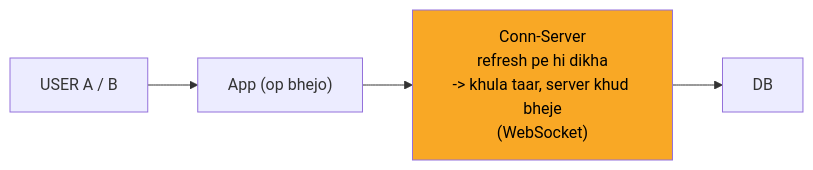
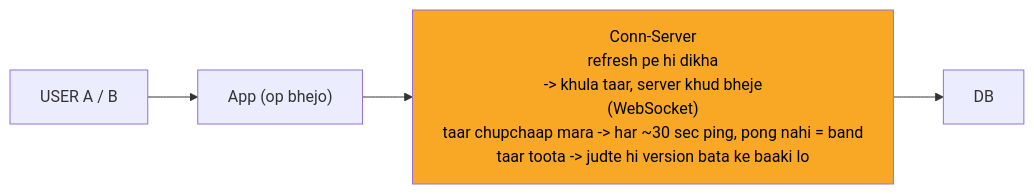
Before and after one commit to ArpanMaheshwari144/Prep: the third of 10 diagrams in 04_HLD/SYSTEM_DESIGNS/11_google_docs_collab/11_google_docs_collab.md, drawn with Mermaid. The commit also changed other lines of this file and 12 other files, not shown here.

Commit message:
hld 02-14: peele dabbe me SAFAR ke mod + diagram chauda (wrappingWidth 450)

````diff
--- a/04_HLD/SYSTEM_DESIGNS/11_google_docs_collab/11_google_docs_collab.md
+++ b/04_HLD/SYSTEM_DESIGNS/11_google_docs_collab/11_google_docs_collab.md
@@ -106,11 +108,12 @@
 ```mermaid
+%%{init: {"flowchart": {"wrappingWidth": 450}}}%%
 flowchart LR
     n_USER["USER A / B"]
     n_App["App (op bhejo)"]
-    n_CS["Conn-Server<br/>refresh pe hi dikha<br/>-> khula taar, server khud bheje<br/>(WebSocket)"]
+    n_CS["Conn-Server<br/>refresh pe hi dikha<br/>-> khula taar, server khud bheje<br/>(WebSocket)<br/>taar chupchaap mara -> har ~30 sec ping, pong nahi = band<br/>taar toota -> judte hi version bata ke baaki lo"]
     n_DB["DB"]
     n_USER --> n_App
     n_App --> n_CS
     n_CS --> n_DB
     style n_CS fill:#f9a825,color:#000
 ```
````
